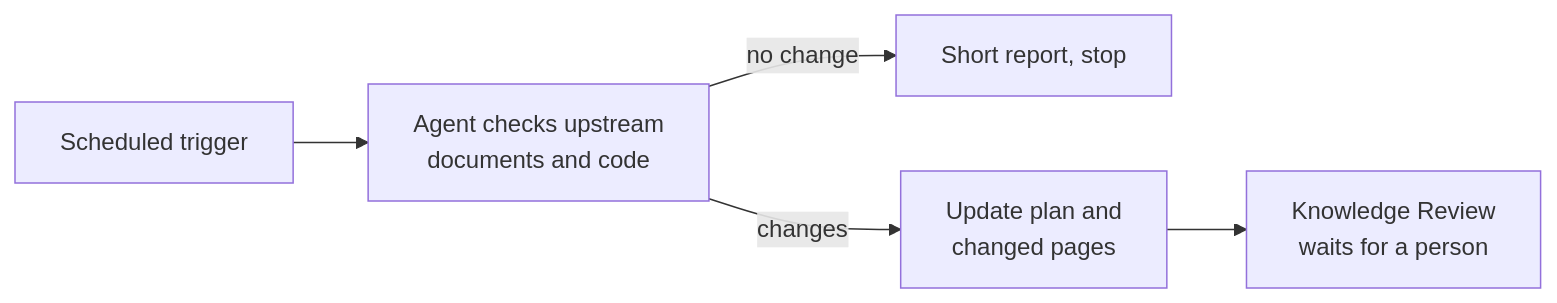
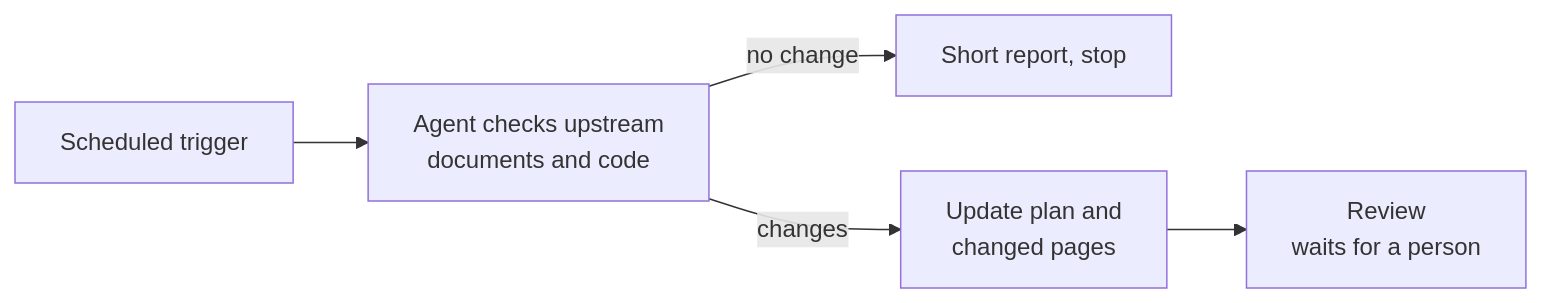
The diagram in knowledge/sop/updates-and-versions/scheduled-updates.md (context4ai/portal), drawn with Mermaid before and after one commit. The commit also changed other lines of this file and 129 other files, not shown here.

````diff
--- a/knowledge/sop/updates-and-versions/scheduled-updates.md
+++ b/knowledge/sop/updates-and-versions/scheduled-updates.md
@@ -13,7 +13,7 @@
 ```mermaid
 flowchart LR
   timer["Scheduled trigger"] --> check["Agent checks upstream<br/>documents and code"]
   check -->|no change| report["Short report, stop"]
   check -->|changes| upd["Update plan and<br/>changed pages"]
-  upd --> review["Knowledge Review<br/>waits for a person"]
+  upd --> review["Review<br/>waits for a person"]
 ```
````
